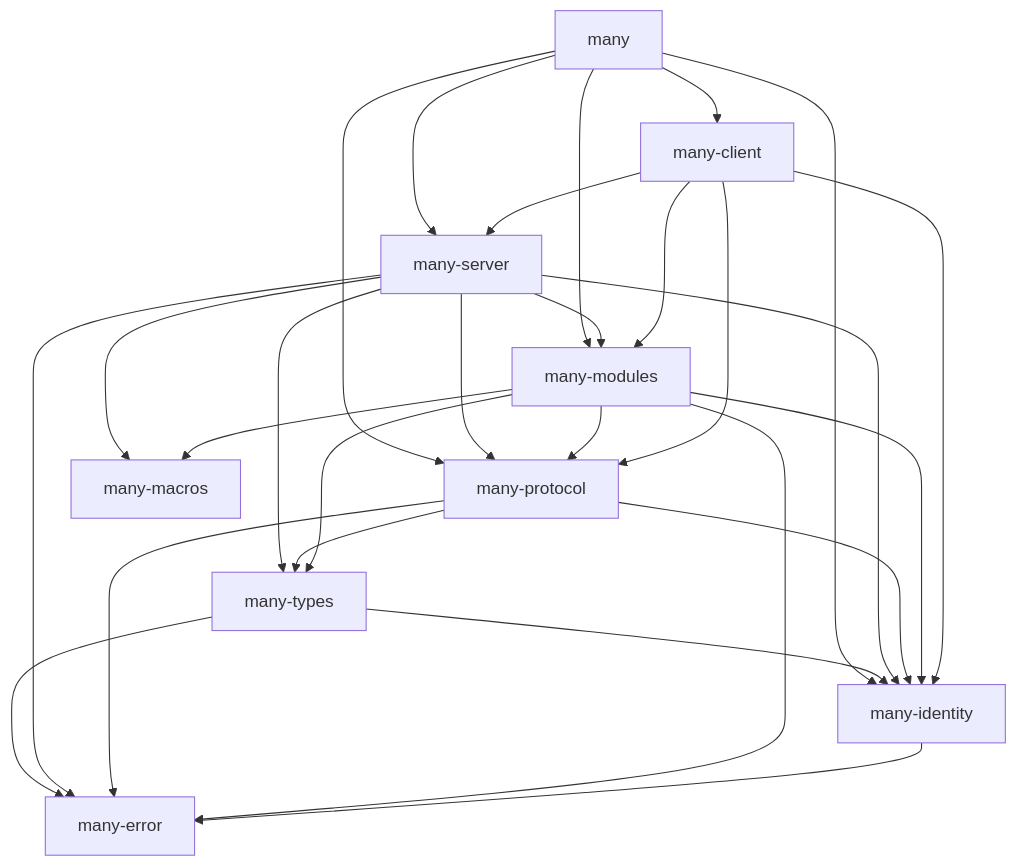
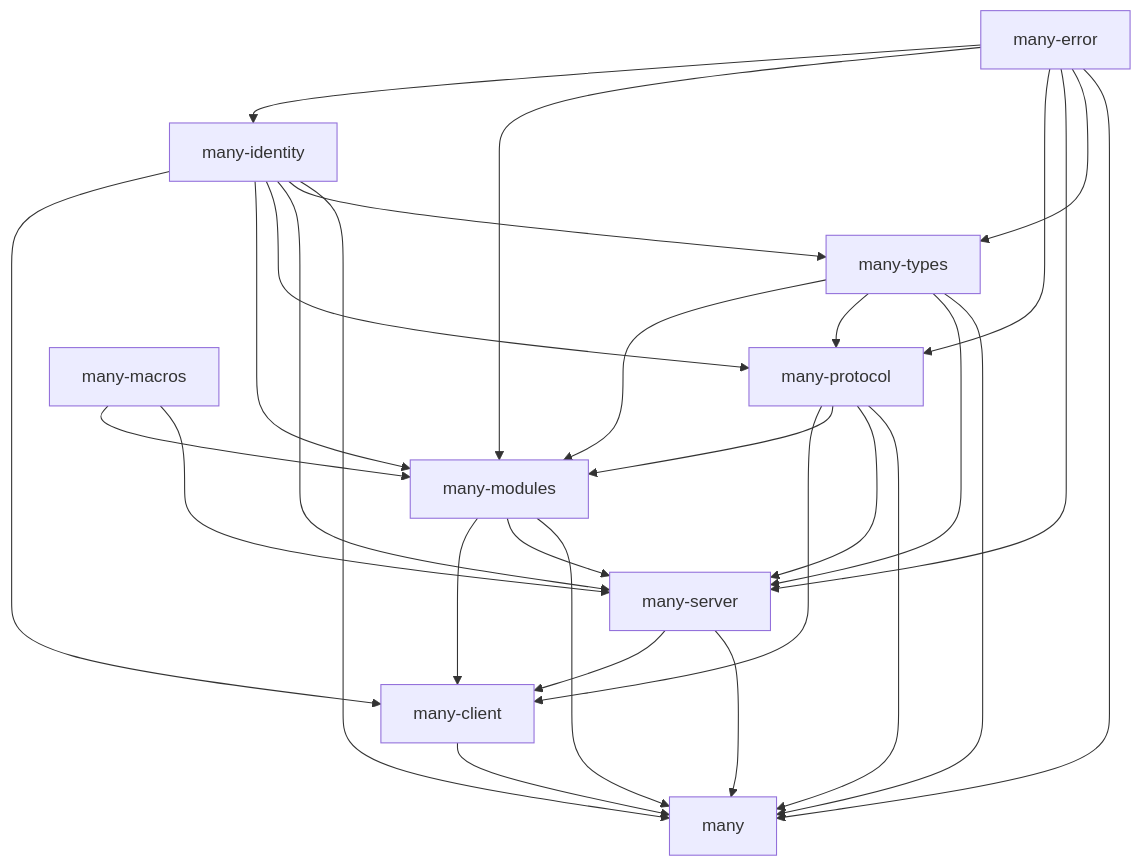
One commit to liftedinit/many-rs changed the diagram in README.md. Above: the diagram before and after it, drawn with Mermaid. The commit also changed 1 other file, not shown here.

Commit message:
Reverse the graph of dependencies in README
It makes more sense that way.

````diff
--- a/README.md
+++ b/README.md
@@ -37,10 +37,31 @@
 ```mermaid
 graph TD;
-  many-client --> many-identity & many-modules & many-protocol & many-server;
-  many-identity --> many-error;
-  many-modules --> many-error & many-identity & many-macros & many-protocol & many-types;
-  many-protocol --> many-error & many-identity & many-types;
-  many-server --> many-error & many-identity & many-macros & many-modules & many-protocol & many-types;
-  many-types --> many-error & many-identity;
-  many --> many-client & many-identity & many-modules & many-protocol & many-server;
+  many-identity --> many-client;
+  many-modules --> many-client;
+  many-protocol --> many-client;
+  many-server --> many-client;
+  many-error --> many-identity;
+  many-error --> many-modules;
+  many-identity --> many-modules;
+  many-macros --> many-modules;
+  many-protocol --> many-modules;
+  many-types --> many-modules;
+  many-error --> many-protocol;
+  many-identity --> many-protocol;
+  many-types --> many-protocol;
+  many-error --> many-server;
+  many-identity --> many-server;
+  many-macros --> many-server;
+  many-modules --> many-server;
+  many-protocol --> many-server;
+  many-types --> many-server;
+  many-error --> many-types;
+  many-identity --> many-types;
+  many-client --> many;
+  many-error --> many;
+  many-identity --> many;
+  many-modules --> many;
+  many-protocol --> many;
+  many-server --> many;
+  many-types --> many;
 ```
````
